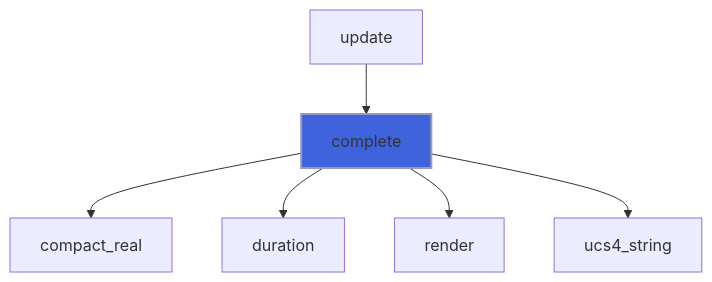
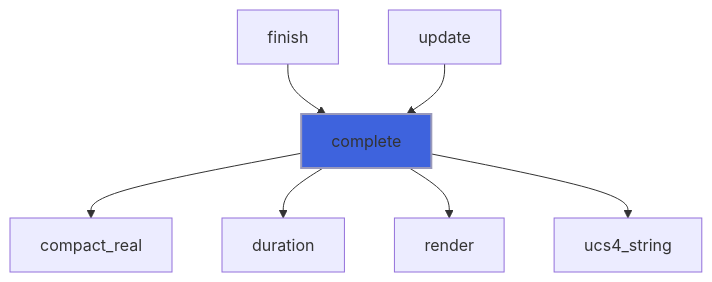
Before and after one commit to szaghi/forbear: diagram 15 of 33 in docs/api/src/lib/forbear_bar_object.md, drawn with Mermaid. The commit also changed other lines of this file and 28 other files, not shown here.

````diff
--- a/docs/api/src/lib/forbear_bar_object.md
+++ b/docs/api/src/lib/forbear_bar_object.md
@@ -549,9 +613,10 @@
 ```mermaid
 flowchart TD
+  finish["finish"] --> complete["complete"]
   update["update"] --> complete["complete"]
   complete["complete"] --> compact_real["compact_real"]
   complete["complete"] --> duration["duration"]
   complete["complete"] --> render["render"]
   complete["complete"] --> ucs4_string["ucs4_string"]
   style complete fill:#3e63dd,stroke:#99b,stroke-width:2px
 ```
````
